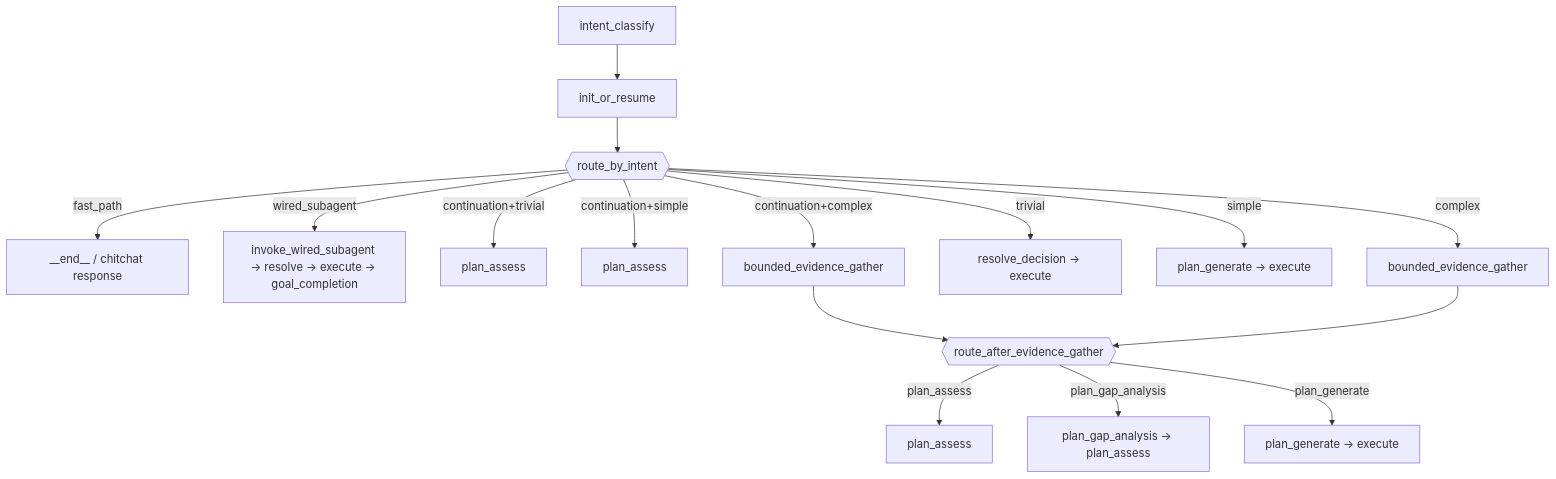
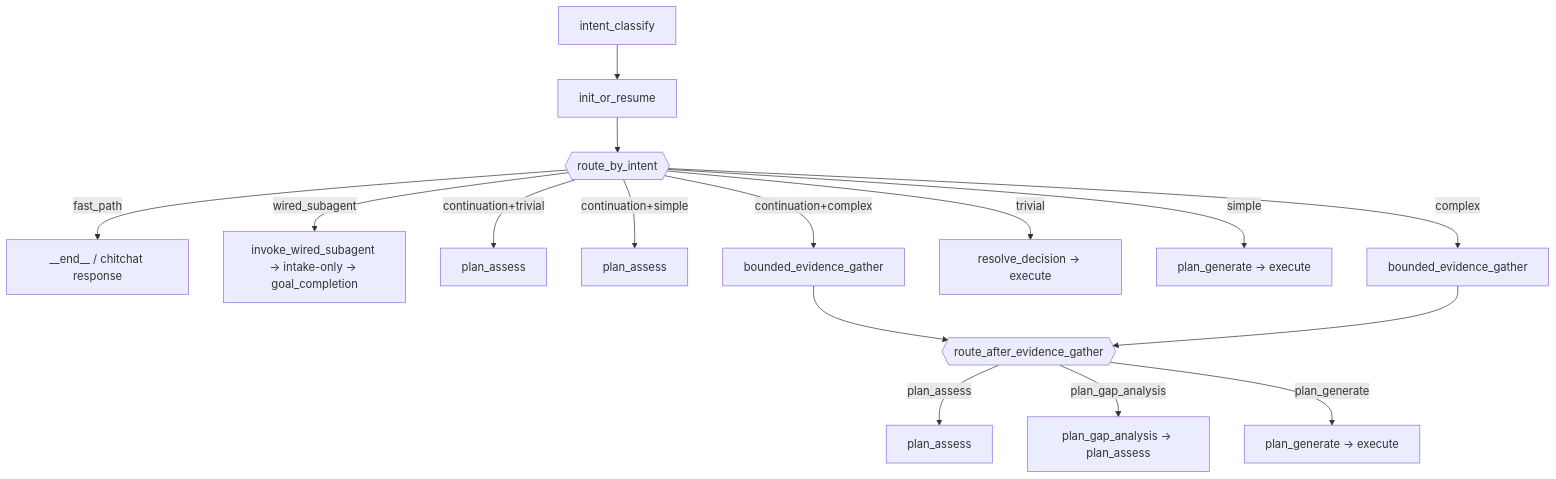
The diagram in docs/diagrams/strange_loop_graph_nodes.md (OpenSoothe/soothe), drawn with Mermaid before and after one commit. The commit also changed other lines of this file and 38 other files, not shown here.

First line of the commit message:
fix(daemon,sloop,tui): orphan-stop reliability + finalize intake-only plan wiring

````diff
--- a/docs/diagrams/strange_loop_graph_nodes.md
+++ b/docs/diagrams/strange_loop_graph_nodes.md
@@ -46,18 +46,18 @@
 ```mermaid
 flowchart TD
     IC[intent_classify] --> IOR[init_or_resume]
     IOR --> R{{route_by_intent}}
     R -->|fast_path| END1[__end__ / chitchat response]
-    R -->|wired_subagent| IWS[invoke_wired_subagent → resolve → execute → goal_completion]
+    R -->|wired_subagent| IWS[invoke_wired_subagent → intake-only → goal_completion]
     R -->|continuation+trivial| PA[plan_assess]
     R -->|continuation+simple| PA2[plan_assess]
     R -->|continuation+complex| BEG[bounded_evidence_gather]
     R -->|trivial| RD[resolve_decision → execute]
     R -->|simple| PG2[plan_generate → execute]
     R -->|complex| BEG2[bounded_evidence_gather]
     BEG --> PGA{{route_after_evidence_gather}}
     BEG2 --> PGA
     PGA -->|plan_assess| PA3[plan_assess]
     PGA -->|plan_gap_analysis| PGA2[plan_gap_analysis → plan_assess]
     PGA -->|plan_generate| PG3[plan_generate → execute]
 ```
````
